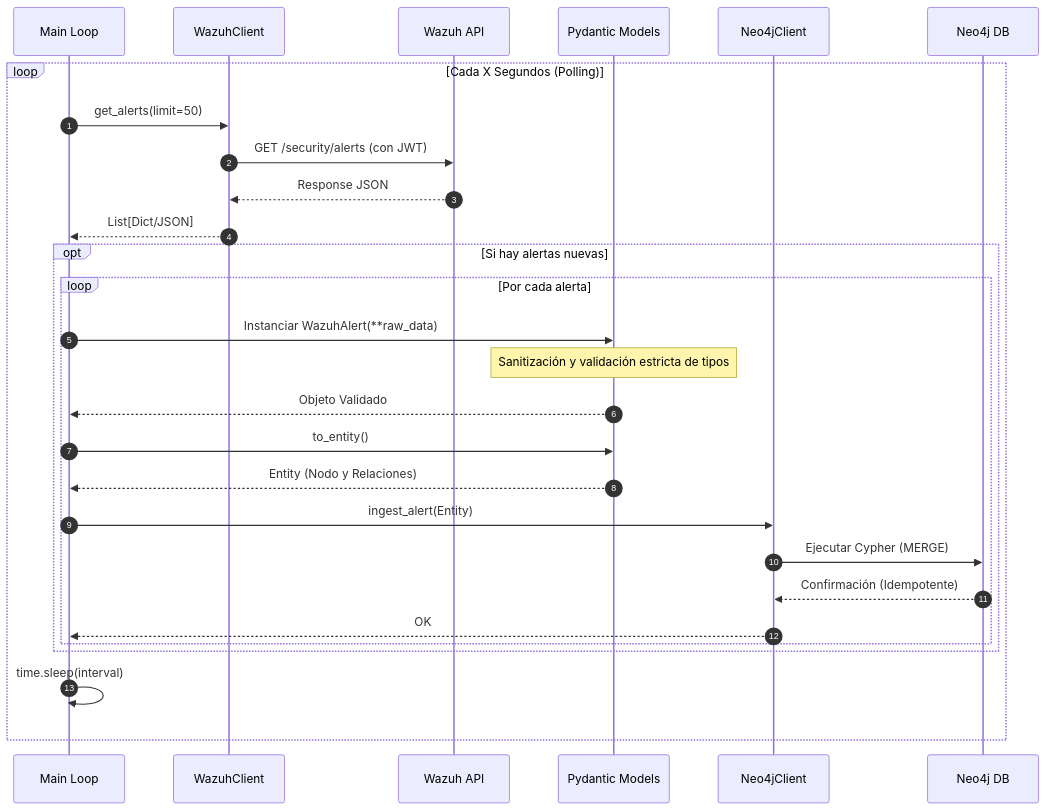
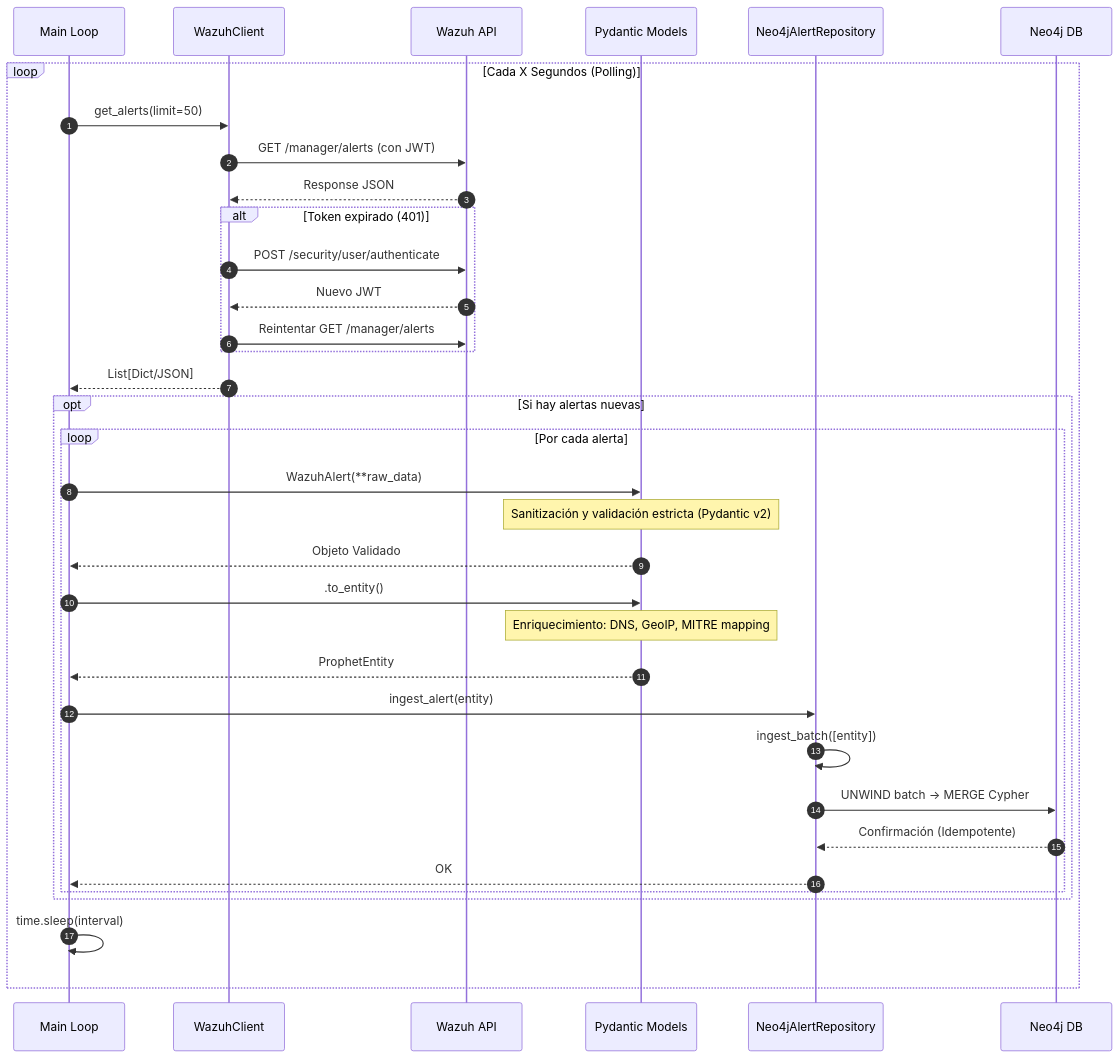
One commit to George230297/Prophet changed the second of 4 diagrams in README.md. Above: the diagram before and after it, drawn with Mermaid. The commit also changed other lines of this file and 8 other files, not shown here.

````diff
--- a/README.md
+++ b/README.md
@@ -110,34 +112,42 @@
 ```mermaid
 sequenceDiagram
     autonumber
     participant Main as Main Loop
     participant WClient as WazuhClient
     participant Wazuh as Wazuh API
     participant Model as Pydantic Models
-    participant NClient as Neo4jClient
+    participant NRepo as Neo4jAlertRepository
     participant DB as Neo4j DB
 
     loop Cada X Segundos (Polling)
         Main->>WClient: get_alerts(limit=50)
-        WClient->>Wazuh: GET /security/alerts (con JWT)
+        WClient->>Wazuh: GET /manager/alerts (con JWT)
         Wazuh-->>WClient: Response JSON
+
+        alt Token expirado (401)
+            WClient->>Wazuh: POST /security/user/authenticate
+            Wazuh-->>WClient: Nuevo JWT
+            WClient->>Wazuh: Reintentar GET /manager/alerts
+        end
+
         WClient-->>Main: List[Dict/JSON]
 
         opt Si hay alertas nuevas
             loop Por cada alerta
-                Main->>Model: Instanciar WazuhAlert(**raw_data)
-                Note over Model: Sanitización y validación estricta de tipos
+                Main->>Model: WazuhAlert(**raw_data)
+                Note over Model: Sanitización y validación estricta (Pydantic v2)
                 Model-->>Main: Objeto Validado
+                Main->>Model: .to_entity()
+                Note over Model: Enriquecimiento: DNS, GeoIP, MITRE mapping
+                Model-->>Main: ProphetEntity
 
-                Main->>Model: to_entity()
-                Model-->>Main: Entity (Nodo y Relaciones)
-
-                Main->>NClient: ingest_alert(Entity)
-                NClient->>DB: Ejecutar Cypher (MERGE)
-                DB-->>NClient: Confirmación (Idempotente)
-                NClient-->>Main: OK
+                Main->>NRepo: ingest_alert(entity)
+                NRepo->>NRepo: ingest_batch([entity])
+                NRepo->>DB: UNWIND batch → MERGE Cypher
+                DB-->>NRepo: Confirmación (Idempotente)
+                NRepo-->>Main: OK
             end
         end
         Main->>Main: time.sleep(interval)
     end
 ```
````
